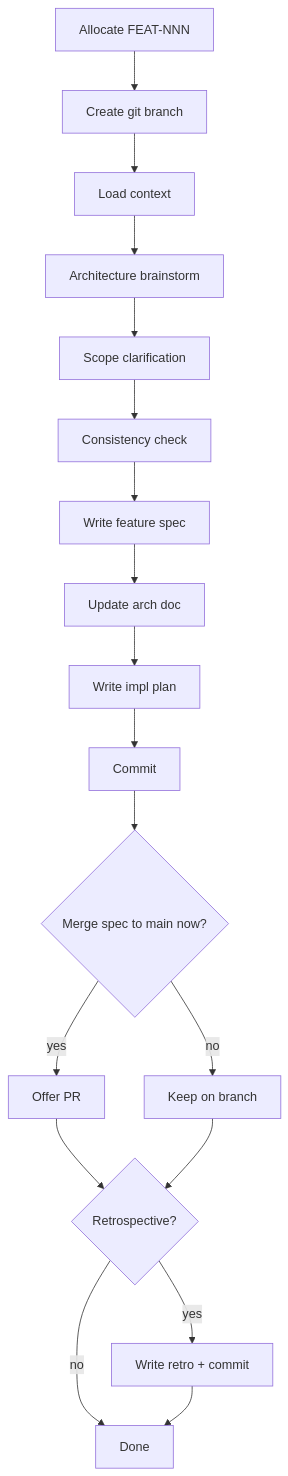
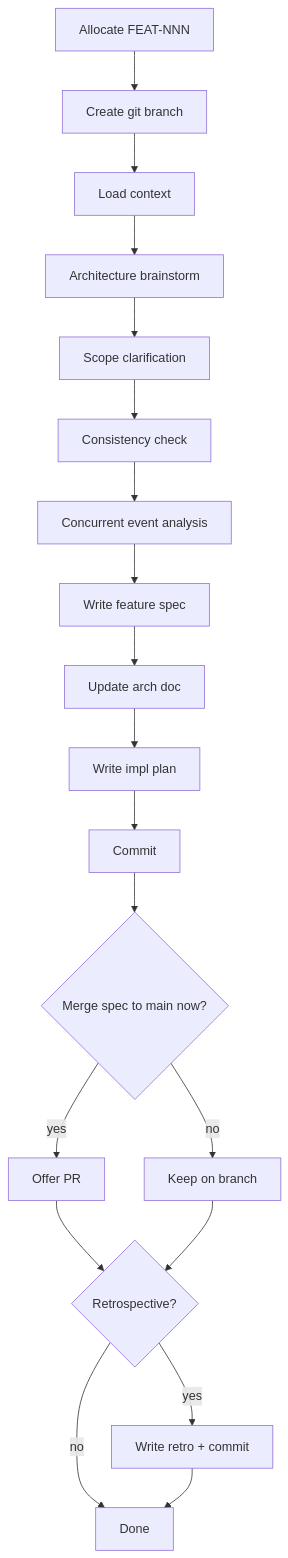
The diagram in .claude/skills/feature-spec.md (rbreunung/spring-kotlin-kafka-gradle-demo-2), drawn with Mermaid before and after one commit. The commit also changed other lines of this file and 6 other files, not shown here.

````diff
--- a/.claude/skills/feature-spec.md
+++ b/.claude/skills/feature-spec.md
@@ -8,20 +8,21 @@
 ```mermaid
 flowchart TD
     A[Allocate FEAT-NNN] --> B[Create git branch]
     B --> C[Load context]
     C --> D[Architecture brainstorm]
     D --> E[Scope clarification]
     E --> F[Consistency check]
-    F --> G[Write feature spec]
+    F --> F2[Concurrent event analysis]
+    F2 --> G[Write feature spec]
     G --> H[Update arch doc]
     H --> I[Write impl plan]
     I --> J[Commit]
     J --> K{Merge spec to main now?}
     K -->|yes| L[Offer PR]
     K -->|no| M[Keep on branch]
     L --> N{Retrospective?}
     M --> N
     N -->|yes| O[Write retro + commit]
     N -->|no| P[Done]
     O --> P
 ```
````
